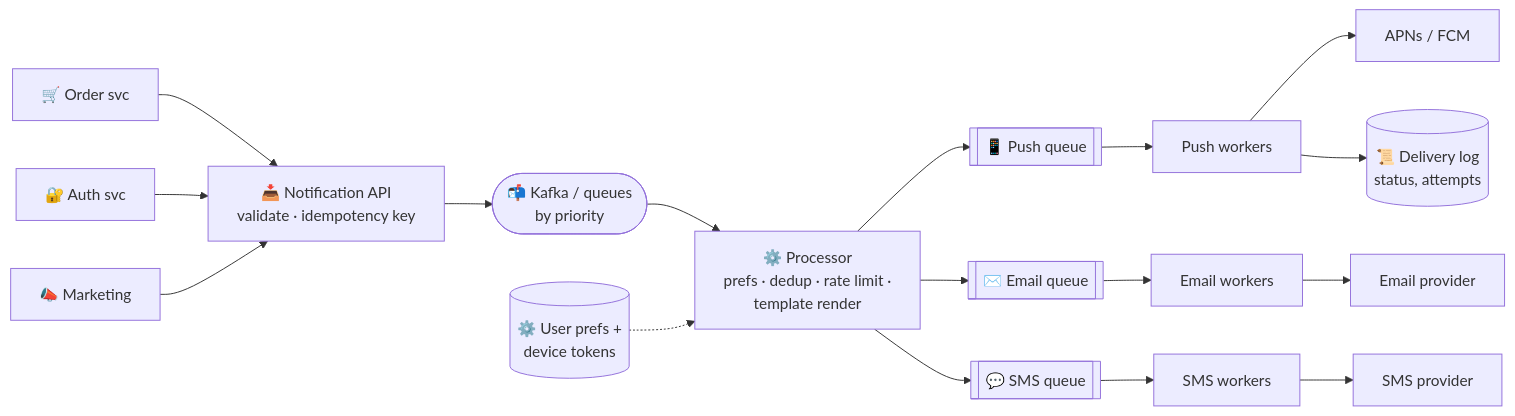
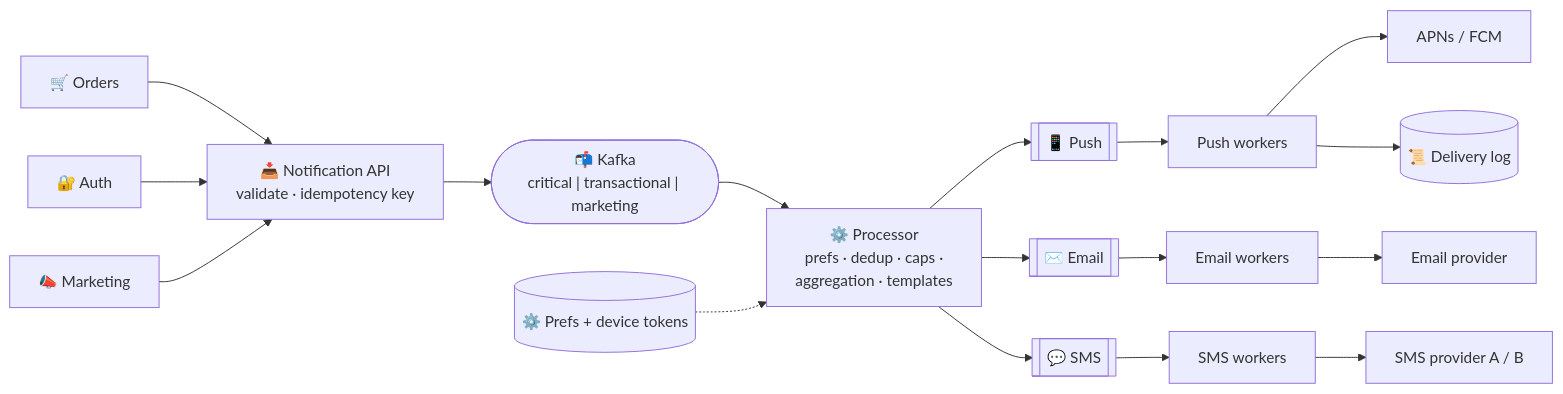
Before and after one commit to winnyboy5/System-Design-from-Atoms: the diagram in phases/09-core-case-studies/078-design-notification-system.md, drawn with Mermaid. The commit also changed other lines of this file and 7 other files, not shown here.

````diff
--- a/phases/09-core-case-studies/078-design-notification-system.md
+++ b/phases/09-core-case-studies/078-design-notification-system.md
@@ -31,16 +43,13 @@
 ```mermaid
 flowchart LR
-    S1["🛒 Order svc"] --> API["📥 Notification API<br/>validate · idempotency key"]
-    S2["🔐 Auth svc"] --> API
+    S1["🛒 Orders"] --> API["📥 Notification API<br/>validate · idempotency key"]
+    S2["🔐 Auth"] --> API
     S3["📣 Marketing"] --> API
-    API --> K(["📬 Kafka / queues<br/>by priority"])
-    K --> P["⚙️ Processor<br/>prefs · dedup · rate limit ·<br/>template render"]
-    P --> Q1[["📱 Push queue"]]
-    P --> Q2[["✉️ Email queue"]]
-    P --> Q3[["💬 SMS queue"]]
-    Q1 --> W1["Push workers"] --> APNS["APNs / FCM"]
-    Q2 --> W2["Email workers"] --> SES["Email provider"]
-    Q3 --> W3["SMS workers"] --> TW["SMS provider"]
-    W1 --> LOG[("📜 Delivery log<br/>status, attempts")]
-    PREF[("⚙️ User prefs +<br/>device tokens")] -.-> P
+    API --> K(["📬 Kafka<br/>critical | transactional | marketing"])
+    K --> P["⚙️ Processor<br/>prefs · dedup · caps ·<br/>aggregation · templates"]
+    P --> Q1[["📱 Push"]] --> W1["Push workers"] --> APNS["APNs / FCM"]
+    P --> Q2[["✉️ Email"]] --> W2["Email workers"] --> SES["Email provider"]
+    P --> Q3[["💬 SMS"]] --> W3["SMS workers"] --> TW["SMS provider A / B"]
+    W1 --> LOG[("📜 Delivery log")]
+    PREF[("⚙️ Prefs + device tokens")] -.-> P
 ```
````
